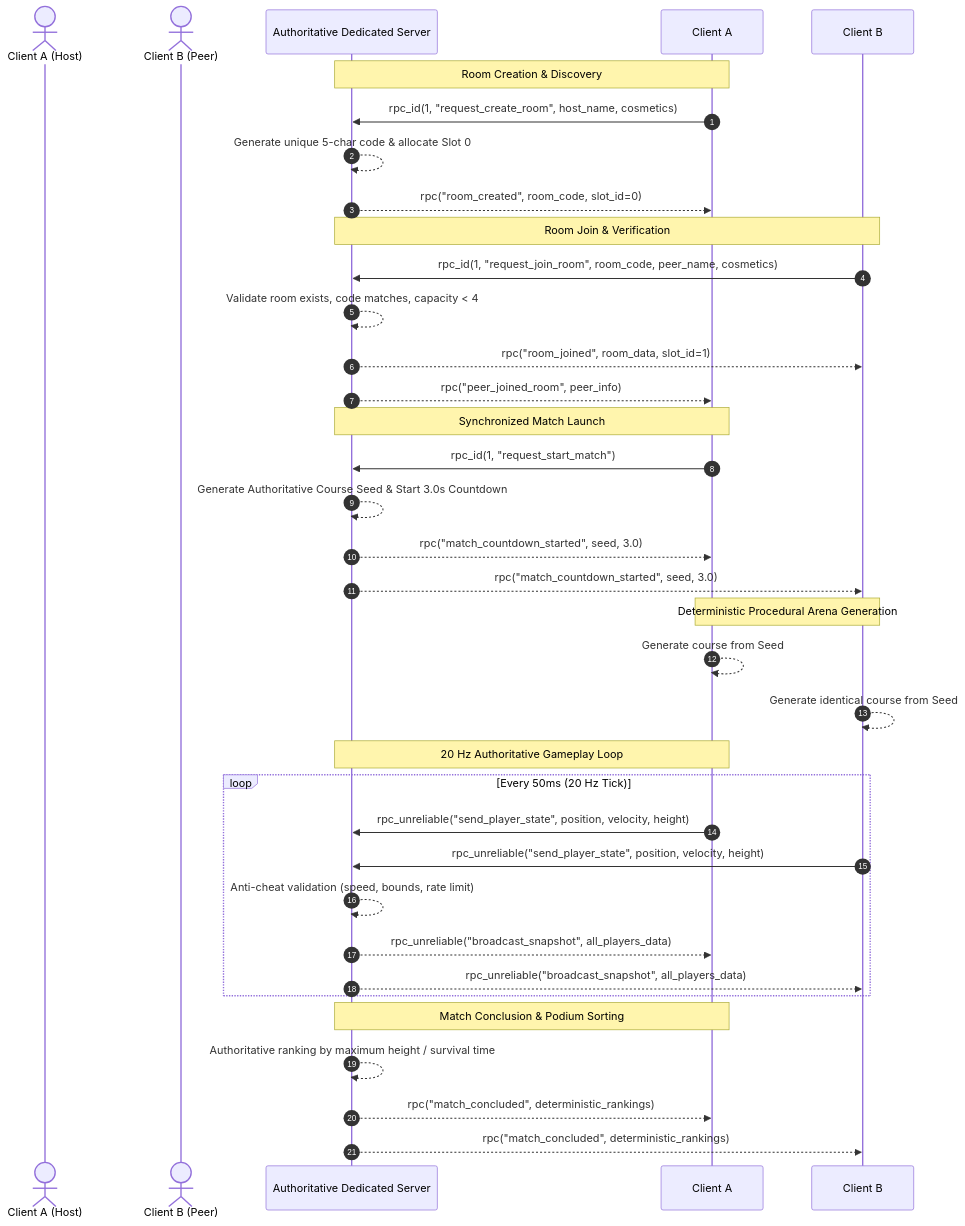
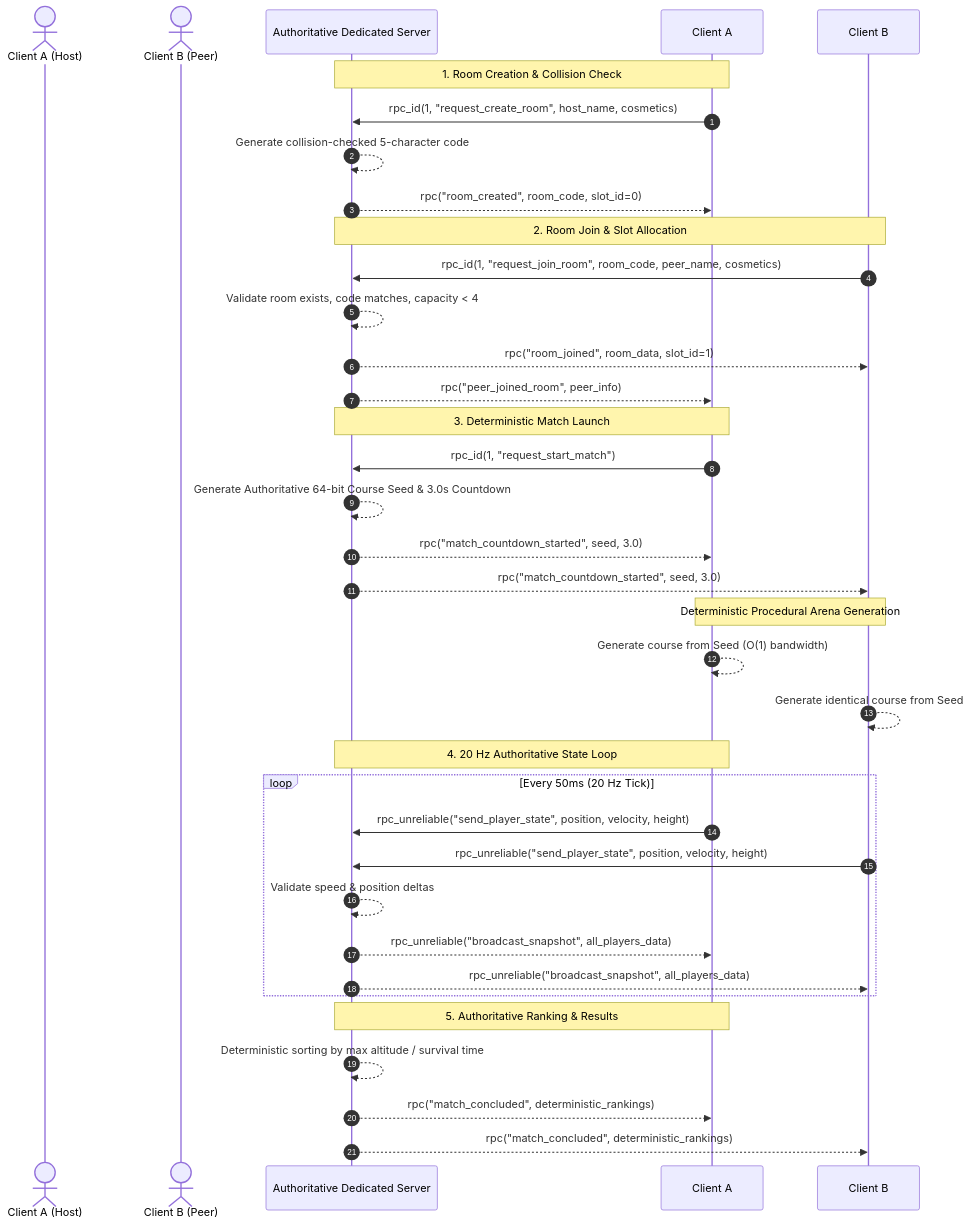
One commit to MohammedAyman07/bounzo-multiplayer changed the diagram in README.md. Above: the diagram before and after it, drawn with Mermaid. The commit also changed other lines of this file, not shown here.

````diff
--- a/README.md
+++ b/README.md
@@ -65,42 +56,42 @@
 ```mermaid
 sequenceDiagram
     autonumber
     actor Client A (Host)
     actor Client B (Peer)
     participant Server as Authoritative Dedicated Server
     
-    Note over Client A,Server: Room Creation & Discovery
+    Note over Client A,Server: 1. Room Creation & Collision Check
     Client A->>Server: rpc_id(1, "request_create_room", host_name, cosmetics)
-    Server-->>Server: Generate unique 5-char code & allocate Slot 0
+    Server-->>Server: Generate collision-checked 5-character code
     Server-->>Client A: rpc("room_created", room_code, slot_id=0)
     
-    Note over Client B,Server: Room Join & Verification
+    Note over Client B,Server: 2. Room Join & Slot Allocation
     Client B->>Server: rpc_id(1, "request_join_room", room_code, peer_name, cosmetics)
     Server-->>Server: Validate room exists, code matches, capacity < 4
     Server-->>Client B: rpc("room_joined", room_data, slot_id=1)
     Server-->>Client A: rpc("peer_joined_room", peer_info)
     
-    Note over Client A,Server: Synchronized Match Launch
+    Note over Client A,Server: 3. Deterministic Match Launch
     Client A->>Server: rpc_id(1, "request_start_match")
-    Server-->>Server: Generate Authoritative Course Seed & Start 3.0s Countdown
+    Server-->>Server: Generate Authoritative 64-bit Course Seed & 3.0s Countdown
     Server-->>Client A: rpc("match_countdown_started", seed, 3.0)
     Server-->>Client B: rpc("match_countdown_started", seed, 3.0)
     
     Note over Client A,Client B: Deterministic Procedural Arena Generation
-    Client A-->>Client A: Generate course from Seed
+    Client A-->>Client A: Generate course from Seed (O(1) bandwidth)
     Client B-->>Client B: Generate identical course from Seed
     
-    Note over Client A,Server: 20 Hz Authoritative Gameplay Loop
+    Note over Client A,Server: 4. 20 Hz Authoritative State Loop
     loop Every 50ms (20 Hz Tick)
         Client A->>Server: rpc_unreliable("send_player_state", position, velocity, height)
         Client B->>Server: rpc_unreliable("send_player_state", position, velocity, height)
-        Server-->>Server: Anti-cheat validation (speed, bounds, rate limit)
+        Server-->>Server: Validate speed & position deltas
         Server-->>Client A: rpc_unreliable("broadcast_snapshot", all_players_data)
         Server-->>Client B: rpc_unreliable("broadcast_snapshot", all_players_data)
     end
     
-    Note over Client A,Server: Match Conclusion & Podium Sorting
-    Server-->>Server: Authoritative ranking by maximum height / survival time
+    Note over Client A,Server: 5. Authoritative Ranking & Results
+    Server-->>Server: Deterministic sorting by max altitude / survival time
     Server-->>Client A: rpc("match_concluded", deterministic_rankings)
     Server-->>Client B: rpc("match_concluded", deterministic_rankings)
 ```
````
